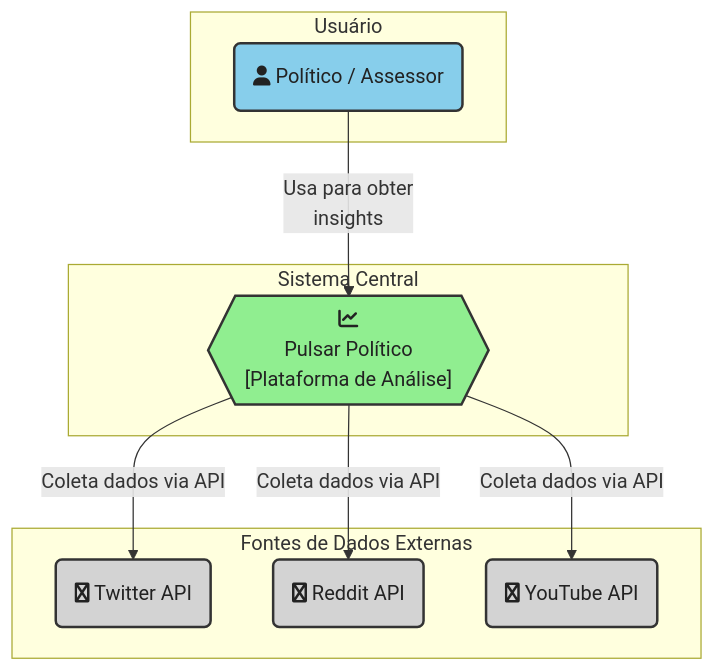
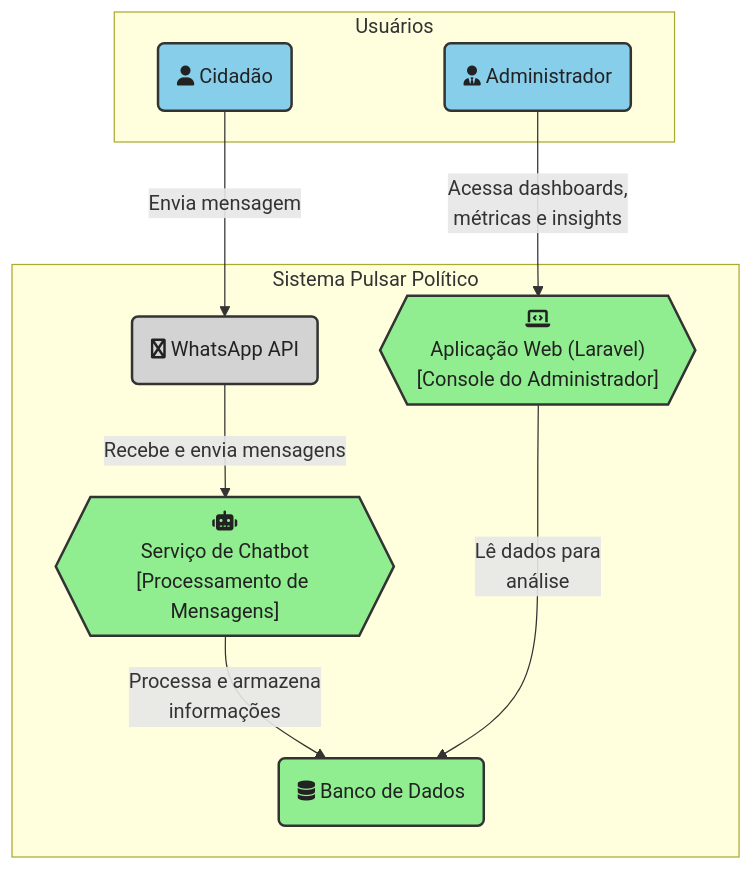
The diagram in README.md (djtulioo/TASI), drawn with Mermaid before and after one commit. The commit also changed other lines of this file and 4 other files, not shown here.

````diff
--- a/README.md
+++ b/README.md
@@ -36,32 +37,32 @@
 ```mermaid
 graph TD
     %% Definição de Estilos
     classDef user fill:#87CEEB,stroke:#333,stroke-width:2px,color:#222;
     classDef system fill:#90EE90,stroke:#333,stroke-width:2px,color:#222;
     classDef external fill:#D3D3D3,stroke:#333,stroke-width:2px,color:#222;
 
-    subgraph "Usuário"
-        politico("fa:fa-user Político / Assessor")
+    subgraph "Usuários"
+        cidadao("fa:fa-user Cidadão")
+        administrador("fa:fa-user-tie Administrador")
     end
 
-    subgraph "Sistema Central"
-        pulsar_politico{{"fa:fa-chart-line<br>Pulsar Político<br><size:10>[Plataforma de Análise]</size>"}}
-    end
-
-    subgraph "Fontes de Dados Externas"
-        twitter_api("fa:fa-twitter Twitter API")
-        reddit_api("fa:fa-reddit-alien Reddit API")
-        youtube_api("fa:fa-youtube YouTube API")
+    subgraph "Sistema Pulsar Político"
+        whatsapp_api("fa:fa-whatsapp WhatsApp API")
+        chatbot_service{{"fa:fa-robot<br>Serviço de Chatbot<br><size:10>[Processamento de Mensagens]</size>"}}
+        webapp_laravel{{"fa:fa-laptop-code<br>Aplicação Web (Laravel)<br><size:10>[Console do Administrador]</size>"}}
+        database("fa:fa-database Banco de Dados")
     end
 
     %% Relacionamentos
-    politico -- "Usa para obter<br>insights" --> pulsar_politico
-    pulsar_politico -- "Coleta dados via API" --> twitter_api
-    pulsar_politico -- "Coleta dados via API" --> reddit_api
-    pulsar_politico -- "Coleta dados via API" --> youtube_api
+    cidadao -- "Envia mensagem" --> whatsapp_api
+    whatsapp_api -- "Recebe e envia mensagens" --> chatbot_service
+    chatbot_service -- "Processa e armazena<br>informações" --> database
+    administrador -- "Acessa dashboards,<br>métricas e insights" --> webapp_laravel
+    webapp_laravel -- "Lê dados para<br>análise" --> database
+
 
     %% Aplicação dos Estilos
-    class politico user;
-    class pulsar_politico system;
-    class twitter_api,reddit_api,youtube_api external;
+    class cidadao,administrador user;
+    class chatbot_service,webapp_laravel,database system;
+    class whatsapp_api external;
 ```
````
